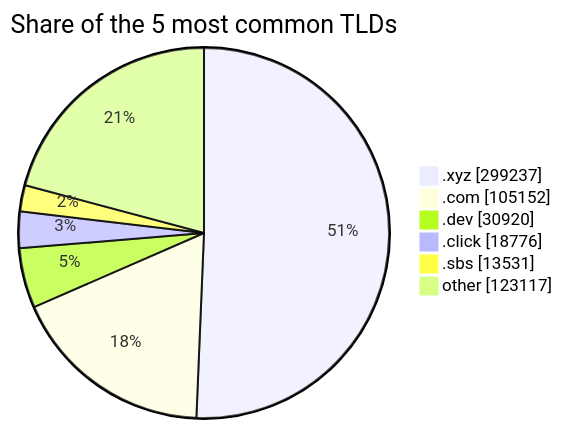
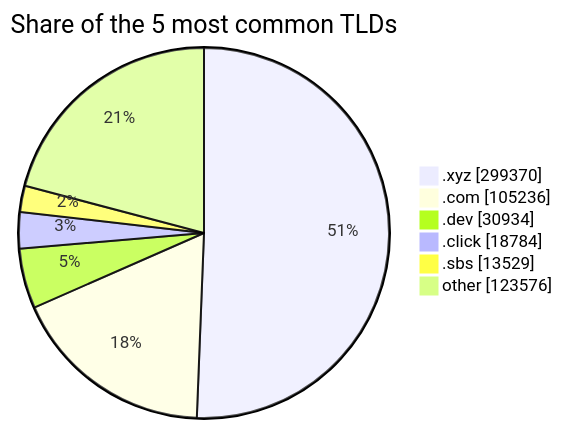
Before and after one commit to DNSBunker/CTI: the third of 3 diagrams in README.md, drawn with Mermaid. The commit also changed other lines of this file and 3 other files, not shown here.

````diff
--- a/README.md
+++ b/README.md
@@ -81,9 +81,9 @@
 ```mermaid
 pie showData title Share of the 5 most common TLDs
-    ".xyz" : 299237
-    ".com" : 105152
-    ".dev" : 30920
-    ".click" : 18776
-    ".sbs" : 13531
-    "other" : 123117
+    ".xyz" : 299370
+    ".com" : 105236
+    ".dev" : 30934
+    ".click" : 18784
+    ".sbs" : 13529
+    "other" : 123576
 ```
````
